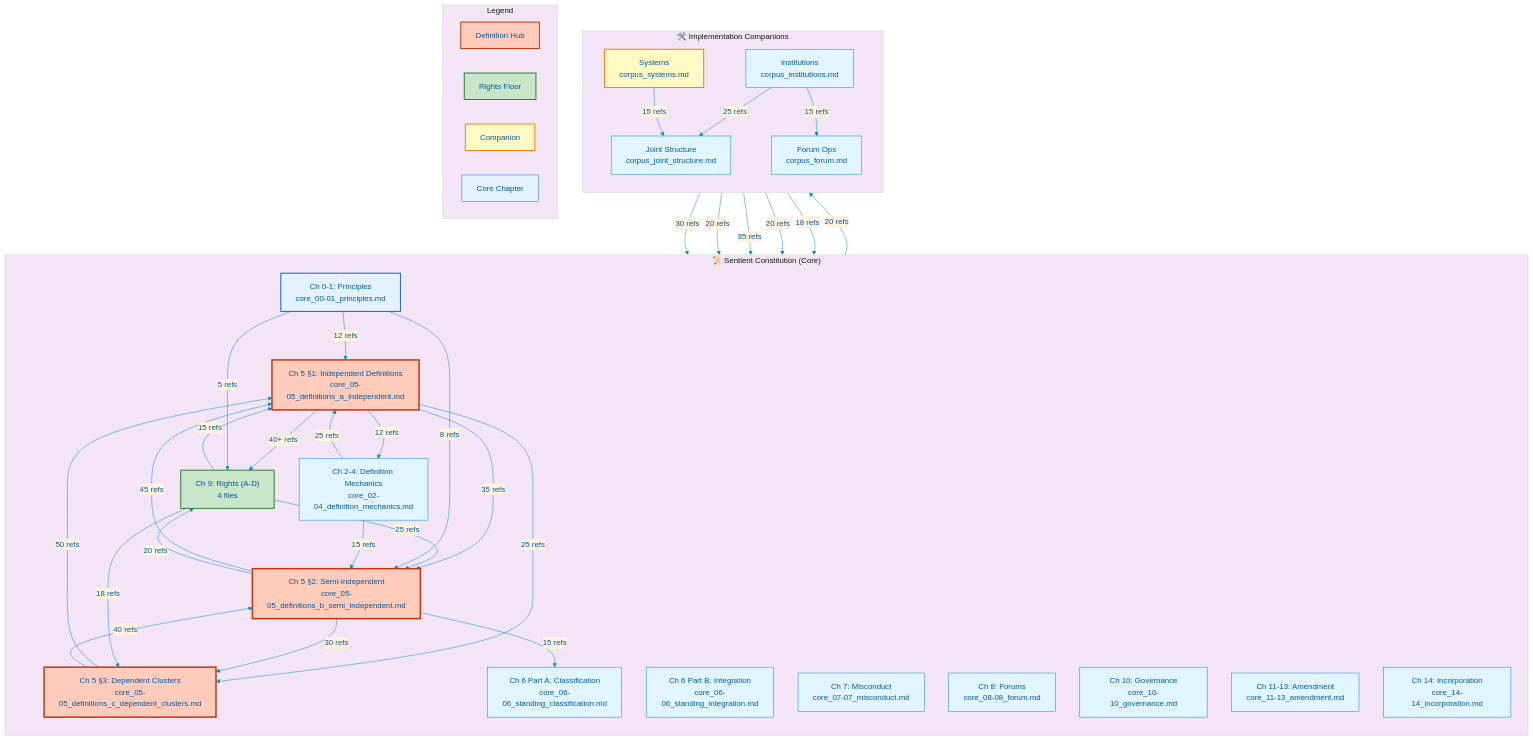
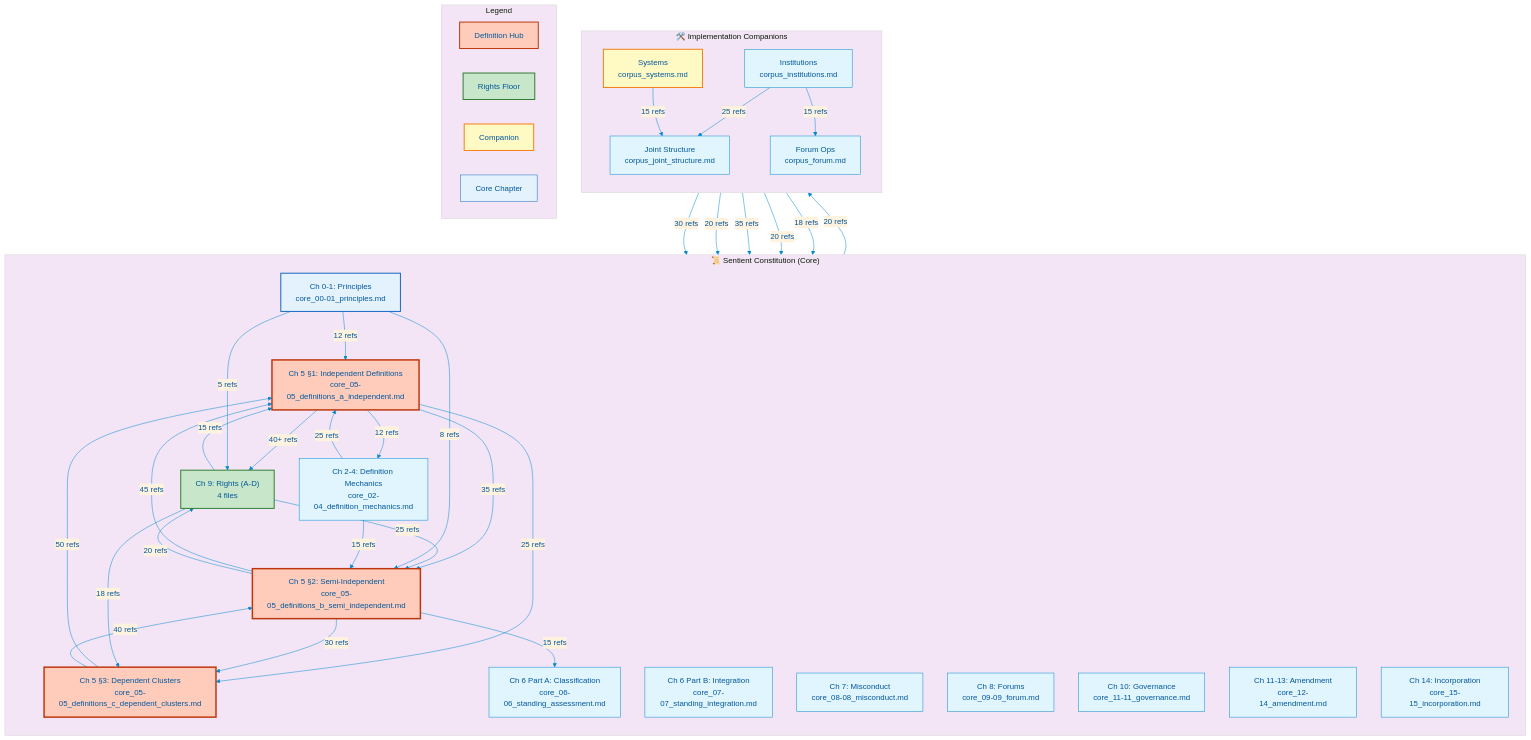
One commit to kfoelsch/Sentient_Constitution changed the diagram in ai_corpus/visualization/dependency_map.mmd. Above: the diagram before and after it, drawn with Mermaid. The commit also changed 68 other files, not shown here.

```diff
--- a/ai_corpus/visualization/dependency_map.mmd
+++ b/ai_corpus/visualization/dependency_map.mmd
@@ -1,89 +1,89 @@
 %%{init: {'theme': 'base', 'themeVariables': { 'primaryColor': '#e1f5fe', 'primaryTextColor': '#01579b', 'primaryBorderColor': '#0288d1', 'lineColor': '#0288d1', 'secondaryColor': '#fff3e0', 'tertiaryColor': '#f3e5f5'}}}%%
 graph TB
     subgraph CoreConstitution["📜 Sentient Constitution (Core)"]
         direction TB
         Ch01["Ch 0-1: Principles<br/>core_00-01_principles.md"]
         Ch02["Ch 2-4: Definition Mechanics<br/>core_02-04_definition_mechanics.md"]
         Ch05A["Ch 5 §1: Independent Definitions<br/>core_05-05_definitions_a_independent.md"]
         Ch05B["Ch 5 §2: Semi-Independent<br/>core_05-05_definitions_b_semi_independent.md"]
         Ch05C["Ch 5 §3: Dependent Clusters<br/>core_05-05_definitions_c_dependent_clusters.md"]
-        Ch06A["Ch 6 Part A: Classification<br/>core_06-06_standing_classification.md"]
-        Ch06B["Ch 6 Part B: Integration<br/>core_06-06_standing_integration.md"]
-        Ch07["Ch 7: Misconduct<br/>core_07-07_misconduct.md"]
-        Ch08["Ch 8: Forums<br/>core_08-08_forum.md"]
+        Ch06A["Ch 6 Part A: Classification<br/>core_06-06_standing_assessment.md"]
+        Ch06B["Ch 6 Part B: Integration<br/>core_07-07_standing_integration.md"]
+        Ch07["Ch 7: Misconduct<br/>core_08-08_misconduct.md"]
+        Ch08["Ch 8: Forums<br/>core_09-09_forum.md"]
         Ch09["Ch 9: Rights (A-D)<br/>4 files"]
-        Ch10["Ch 10: Governance<br/>core_10-10_governance.md"]
-        Ch1113["Ch 11-13: Amendment<br/>core_11-13_amendment.md"]
-        Ch14["Ch 14: Incorporation<br/>core_14-14_incorporation.md"]
+        Ch10["Ch 10: Governance<br/>core_11-11_governance.md"]
+        Ch1113["Ch 11-13: Amendment<br/>core_12-14_amendment.md"]
+        Ch14["Ch 14: Incorporation<br/>core_15-15_incorporation.md"]
     end
 
     subgraph Companions["🛠️ Implementation Companions"]
         direction TB
         CS["Systems<br/>corpus_systems.md"]
         CI["Institutions<br/>corpus_institutions.md"]
         CF["Forum Ops<br/>corpus_forum.md"]
         CJS["Joint Structure<br/>corpus_joint_structure.md"]
     end
 
     %% Cross-references: Chapter 5 definitions are the hub
     Ch05A -->|"40+ refs"| Ch09
     Ch05A -->|"35 refs"| Ch05B
     Ch05A -->|"25 refs"| Ch05C
     Ch05A -->|"20 refs"| CS
     Ch05A -->|"12 refs"| Ch02
 
     Ch05B -->|"45 refs"| Ch05A
     Ch05B -->|"30 refs"| Ch05C
     Ch05B -->|"20 refs"| Ch09
     Ch05B -->|"15 refs"| Ch06A
 
     Ch05C -->|"50 refs"| Ch05A
     Ch05C -->|"40 refs"| Ch05B
 
     %% Rights reference definitions heavily
     Ch09 -->|"15 refs"| Ch05A
     Ch09 -->|"25 refs"| Ch05B
     Ch09 -->|"18 refs"| Ch05C
 
     %% Systems companion is well-connected
     CS -->|"30 refs"| Ch05A
     CS -->|"20 refs"| Ch05B
     CS -->|"35 refs"| Ch09
     CS -->|"15 refs"| CJS
 
     %% Institutions companion connects
     CI -->|"20 refs"| Ch05B
     CI -->|"18 refs"| Ch09
     CI -->|"25 refs"| CJS
     CI -->|"15 refs"| CF
 
     %% Principles chapter spreads downstream
     Ch01 -->|"12 refs"| Ch05A
     Ch01 -->|"8 refs"| Ch05B
     Ch01 -->|"5 refs"| Ch09
 
     %% Definition mechanics underpin everything
     Ch02 -->|"25 refs"| Ch05A
     Ch02 -->|"15 refs"| Ch05B
 
     %% Visual styling
     style Ch05A fill:#ffccbc,stroke:#bf360c,stroke-width:3px
     style Ch05B fill:#ffccbc,stroke:#bf360c,stroke-width:3px
     style Ch05C fill:#ffccbc,stroke:#bf360c,stroke-width:3px
     style Ch09 fill:#c8e6c9,stroke:#2e7d32,stroke-width:2px
     style CS fill:#fff9c4,stroke:#f57f17,stroke-width:2px
     style Ch01 fill:#e3f2fd,stroke:#1565c0,stroke-width:2px
 
     %% Legend
     subgraph Legend["Legend"]
         direction LR
         L1["Definition Hub"]:::hub
         L2["Rights Floor"]:::rights
         L3["Companion"]:::companion
         L4["Core Chapter"]:::core
     end
 
     classDef hub fill:#ffccbc,stroke:#bf360c,stroke-width:2px
     classDef rights fill:#c8e6c9,stroke:#2e7d32,stroke-width:2px
     classDef companion fill:#fff9c4,stroke:#f57f17,stroke-width:2px
     classDef core fill:#e3f2fd,stroke:#1565c0,stroke-width:1px
```
